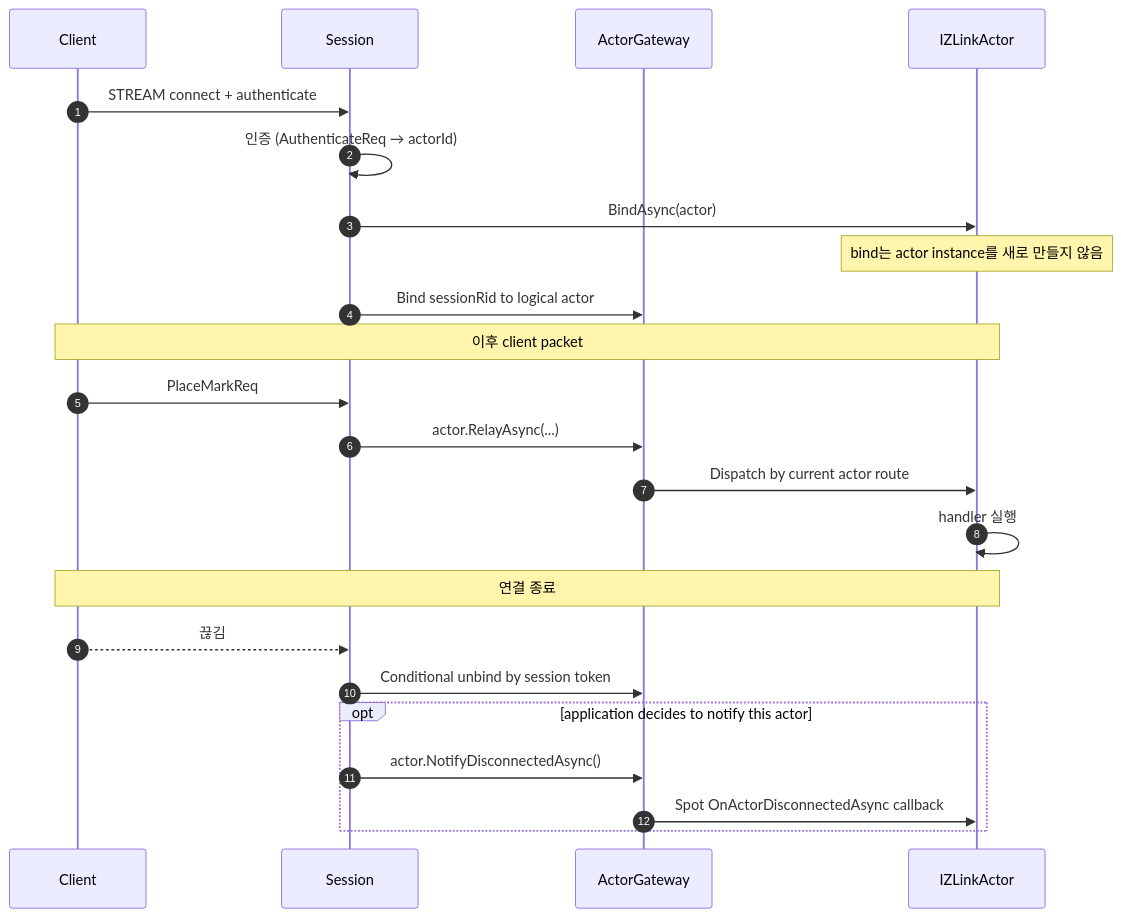
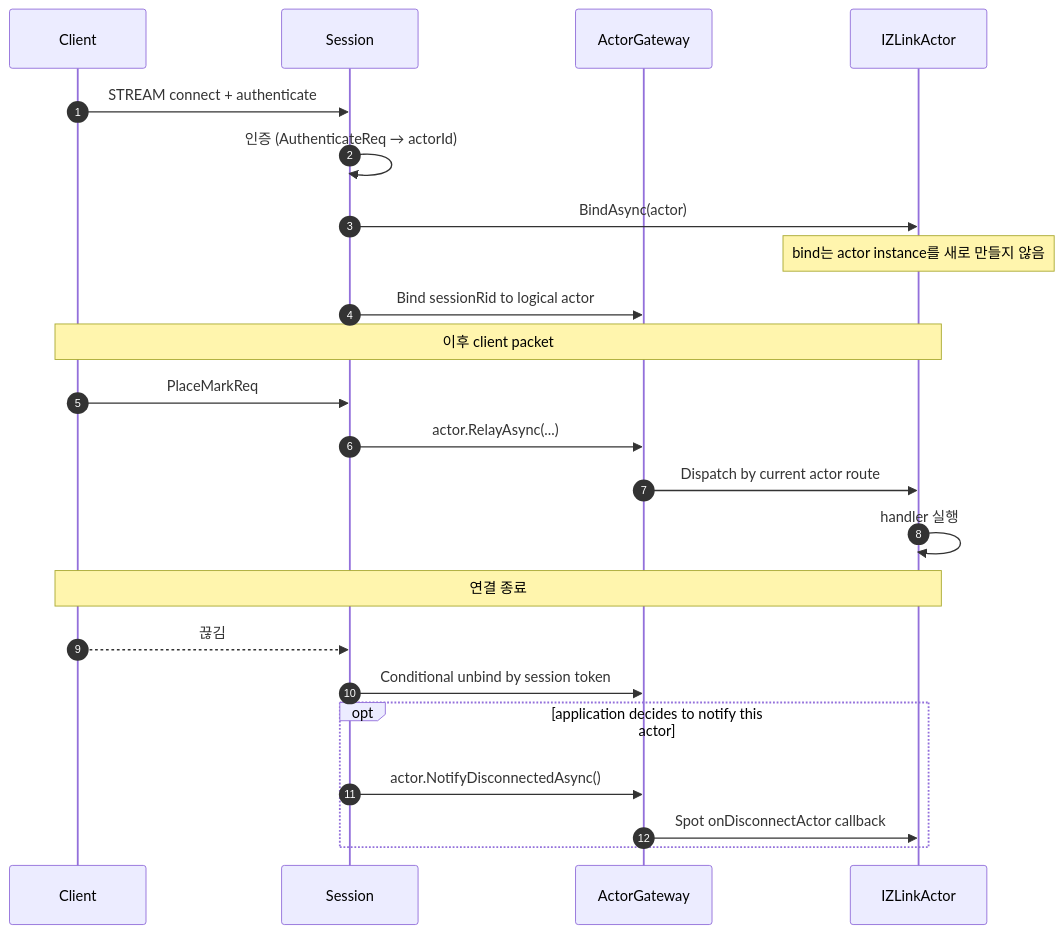
The second of 3 diagrams in framework/languages/dotnet/doc/spec/aspnet-core-actor.ko.md (kairos-code-dev/zlink), drawn with Mermaid before and after one commit. The commit also changed other lines of this file and 86 other files, not shown here.

````diff
--- a/framework/languages/dotnet/doc/spec/aspnet-core-actor.ko.md
+++ b/framework/languages/dotnet/doc/spec/aspnet-core-actor.ko.md
@@ -777,28 +780,28 @@
 ```mermaid
 sequenceDiagram
     autonumber
     participant C as Client
     participant S as Session
     participant G as ActorGateway
     participant Act as IZLinkActor
 
     C->>S: STREAM connect + authenticate
     S->>S: 인증 (AuthenticateReq → actorId)
     S->>Act: BindAsync(actor)
     Note over Act: bind는 actor instance를 새로 만들지 않음
     S->>G: Bind sessionRid to logical actor
 
     Note over C,Act: 이후 client packet
     C->>S: PlaceMarkReq
     S->>G: actor.RelayAsync(...)
     G->>Act: Dispatch by current actor route
     Act->>Act: handler 실행
 
     Note over C,Act: 연결 종료
     C-->>S: 끊김
     S->>G: Conditional unbind by session token
     opt application decides to notify this actor
         S->>G: actor.NotifyDisconnectedAsync()
-        G->>Act: Spot OnActorDisconnectedAsync callback
+        G->>Act: Spot onDisconnectActor callback
     end
 ```
````
